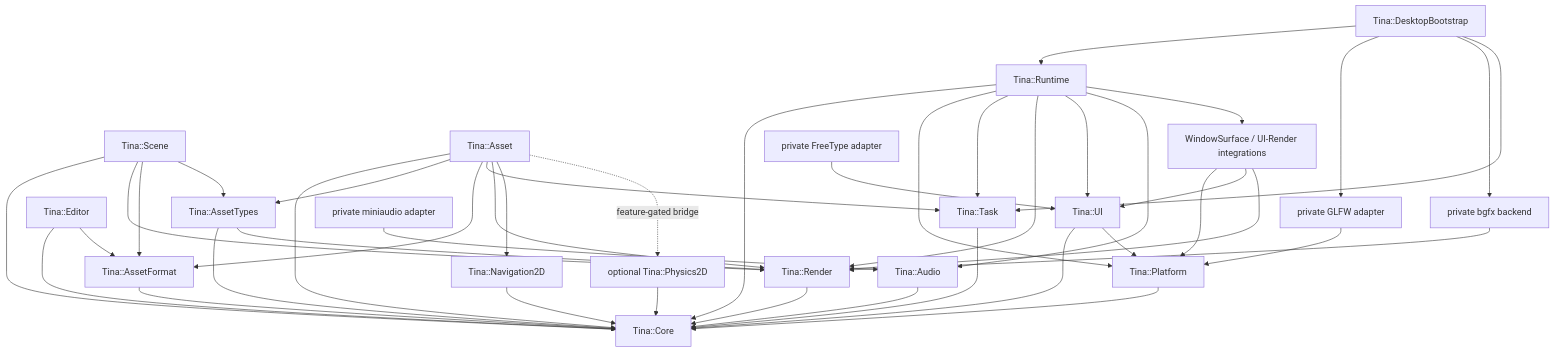
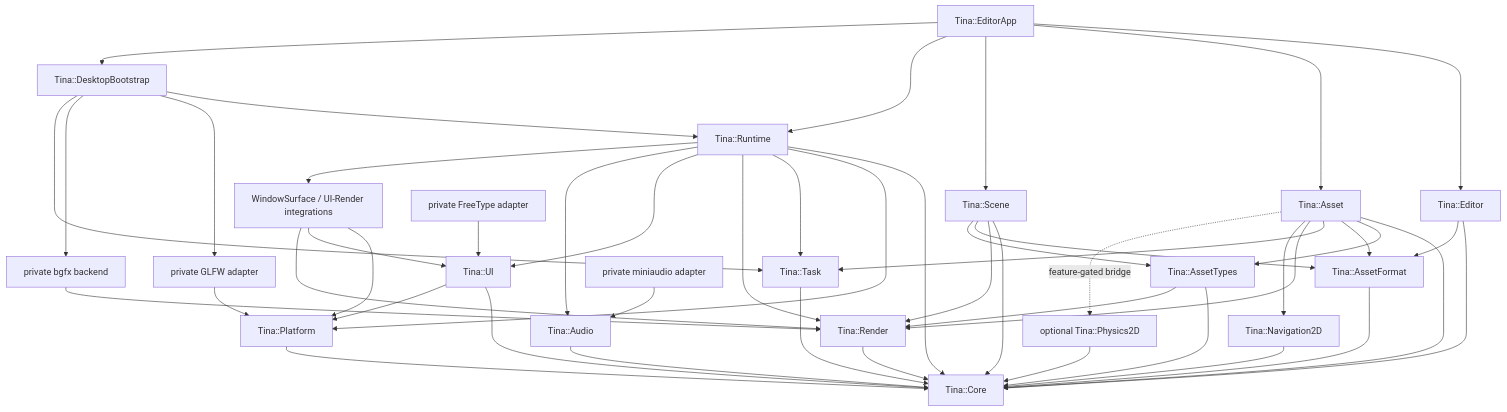
Before and after one commit to wuxianggujun/Tina: the diagram in docs/architecture.md, drawn with Mermaid. The commit also changed other lines of this file and 35 other files, not shown here.

````diff
--- a/docs/architecture.md
+++ b/docs/architecture.md
@@ -20,46 +22,51 @@
 ```mermaid
 flowchart TD
     Core["Tina::Core"]
     Platform["Tina::Platform"] --> Core
     Task["Tina::Task"] --> Core
     Render["Tina::Render"] --> Core
     Audio["Tina::Audio"] --> Core
     AssetFormat["Tina::AssetFormat"] --> Core
     Editor["Tina::Editor"] --> Core
     Editor --> AssetFormat
+    EditorApp["Tina::EditorApp"] --> Editor
+    EditorApp --> Asset
+    EditorApp --> Scene
+    EditorApp --> Runtime
+    EditorApp --> Desktop
     Navigation2D["Tina::Navigation2D"] --> Core
     UI["Tina::UI"] --> Core
     UI --> Platform
     Scene["Tina::Scene"] --> Core
     Scene --> Render
     Scene --> AssetFormat
     AssetTypes["Tina::AssetTypes"] --> Core
     AssetTypes --> Render
     Scene --> AssetTypes
     Asset["Tina::Asset"] --> Core
     Asset --> AssetTypes
     Asset --> AssetFormat
     Asset --> Task
     Asset --> Render
     Asset --> Navigation2D
     Runtime["Tina::Runtime"] --> Core
     Runtime --> Platform
     Runtime --> Task
     Runtime --> Render
     Runtime --> UI
     Runtime --> Audio
     Integrations["WindowSurface / UI-Render integrations"] --> Platform
     Integrations --> UI
     Integrations --> Render
     Runtime --> Integrations
     Desktop["Tina::DesktopBootstrap"] --> Runtime
     Glfw["private GLFW adapter"] --> Platform
     Bgfx["private bgfx backend"] --> Render
     FreeType["private FreeType adapter"] --> UI
     Miniaudio["private miniaudio adapter"] --> Audio
     Desktop --> Glfw
     Desktop --> Bgfx
     Desktop --> Task
     Physics2D["optional Tina::Physics2D"] --> Core
     Asset -. "feature-gated bridge" .-> Physics2D
 ```
````
